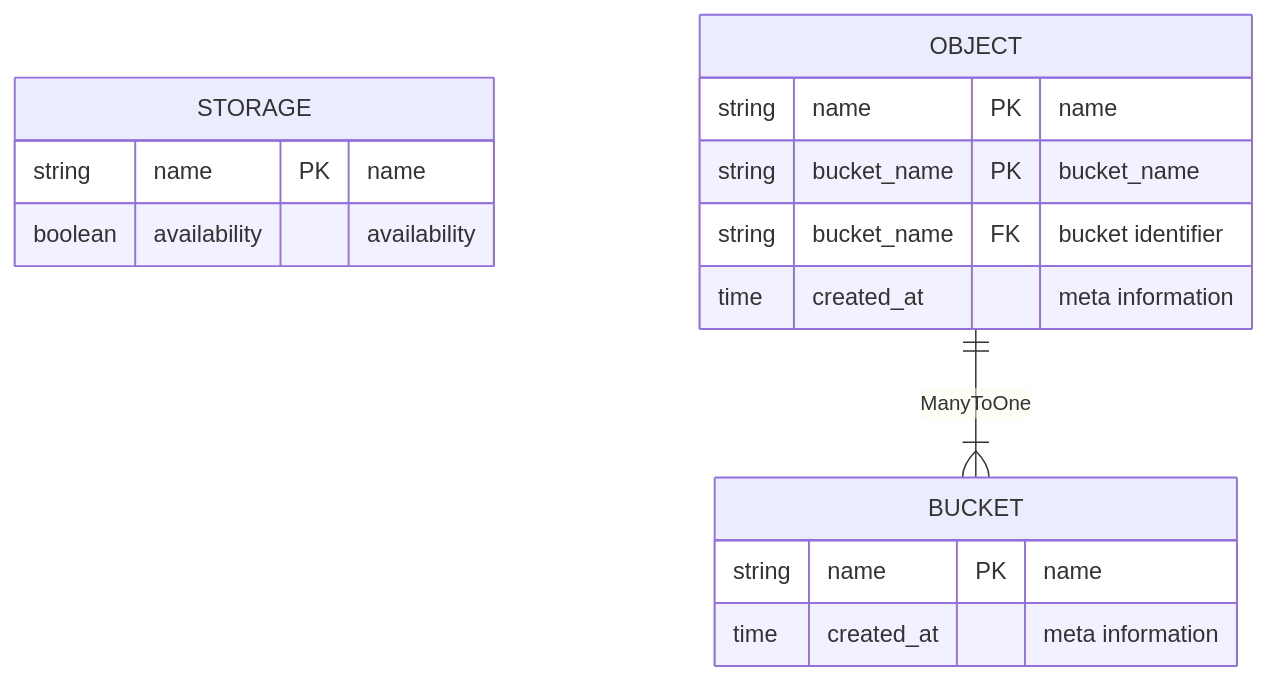
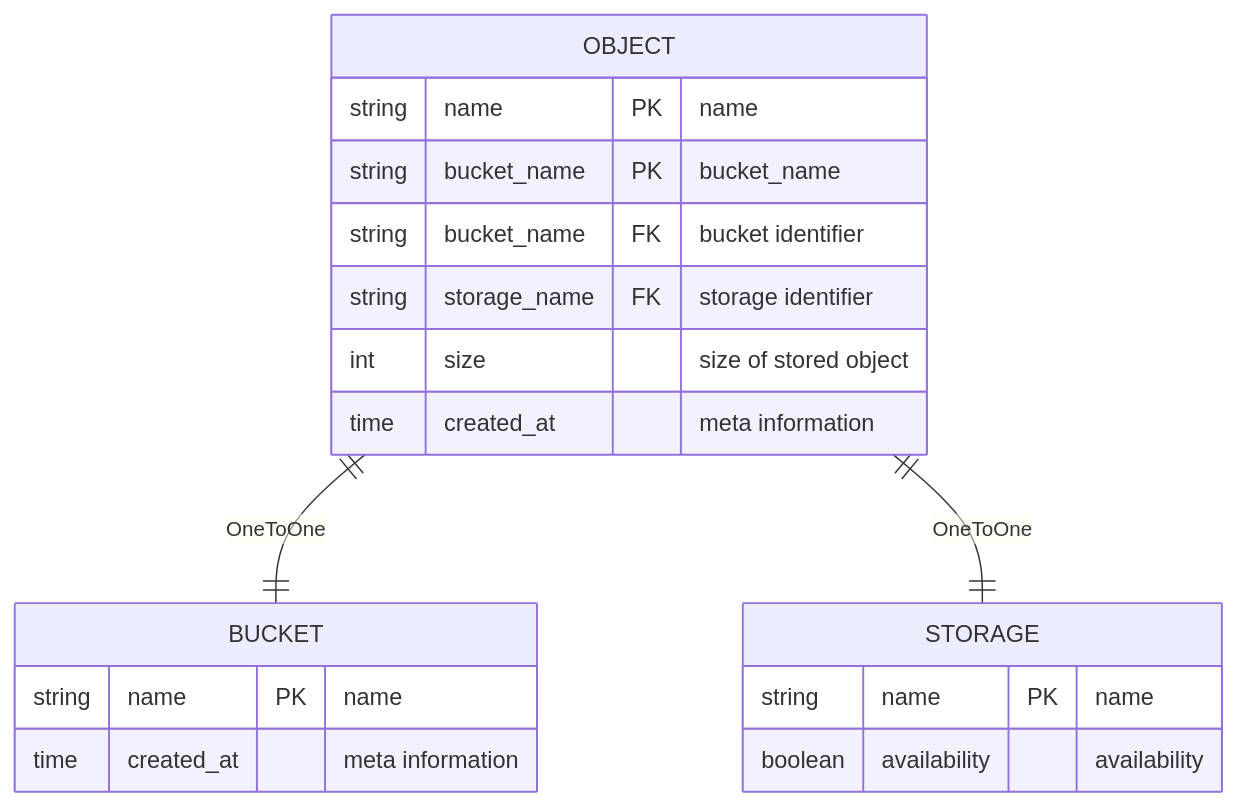
One commit to sultanowskii/sos changed the second of 2 diagrams in design.md. Above: the diagram before and after it, drawn with Mermaid.

Commit message:
update er-diagram

````diff
--- a/design.md
+++ b/design.md
@@ -53,21 +53,24 @@
 ```mermaid
 erDiagram
     STORAGE {
         string name PK "name"
         boolean availability "availability"
     }
 
     OBJECT {
         string name PK "name"
         string bucket_name PK "bucket_name"
         string bucket_name FK "bucket identifier"
+        string storage_name FK "storage identifier"
+        int size "size of stored object"
         time created_at "meta information"
     }
 
     BUCKET {
         string name PK "name"
         time created_at "meta information"
     }
 
-    OBJECT ||--|{ BUCKET : ManyToOne
+    OBJECT ||--|| BUCKET : OneToOne
+    OBJECT ||--|| STORAGE : OneToOne
 ```
````
